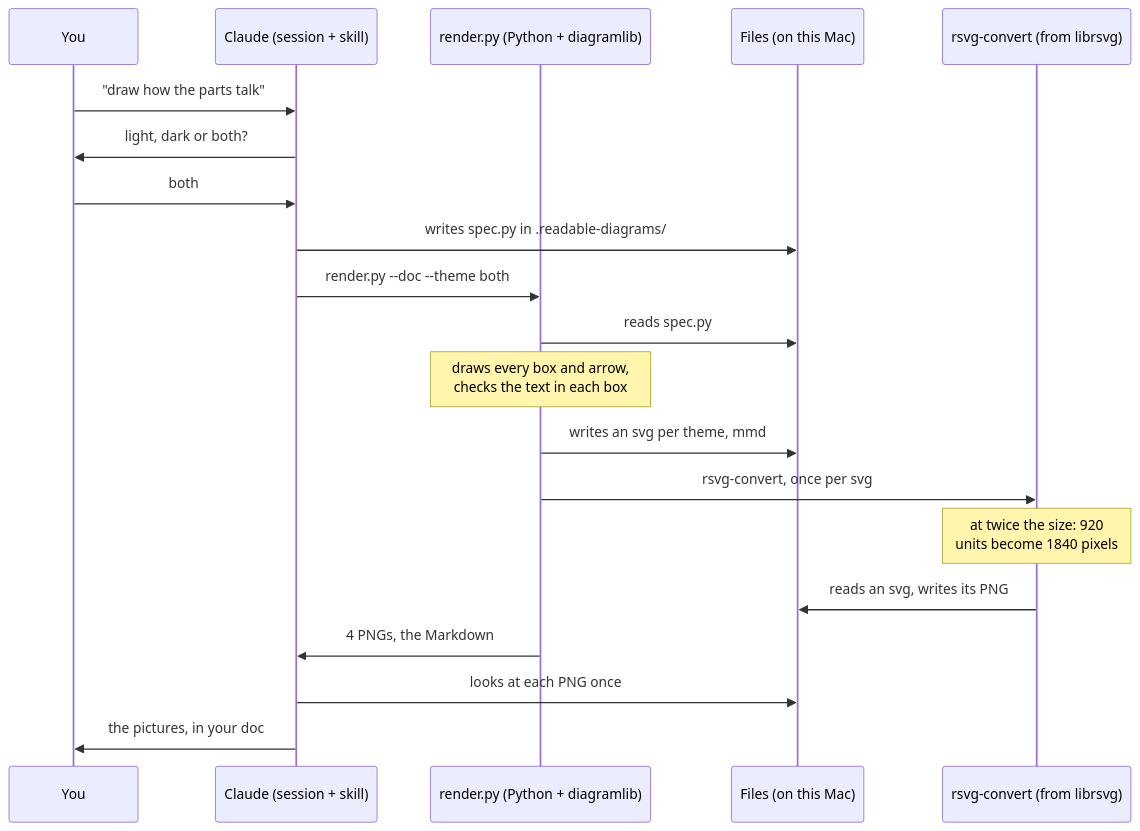
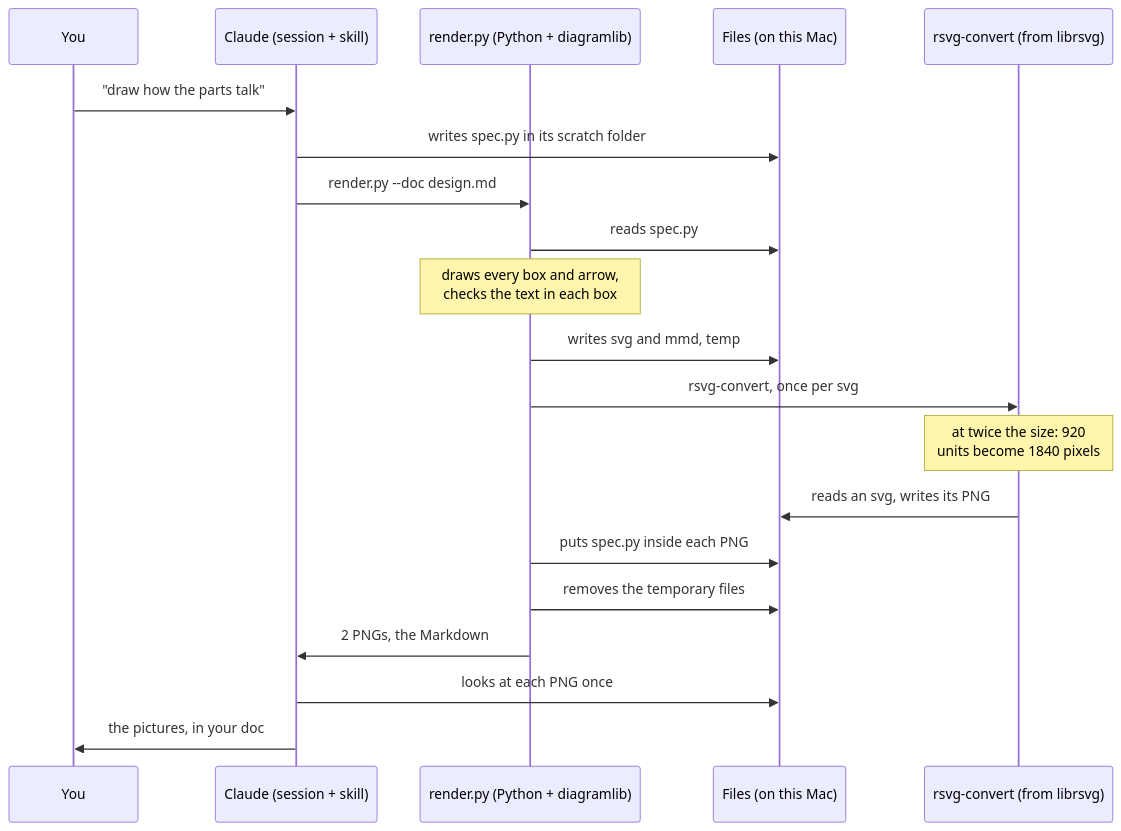
The second of 2 diagrams in skills/readable-diagrams/HOW-IT-WORKS.md (DanTanzer/dans-skills), drawn with Mermaid before and after one commit. The commit also changed other lines of this file and 8 other files, not shown here.

First line of the commit message:
readable-diagrams: light by default, no build files kept, readable-diagrams/<doc>/

````diff
--- a/skills/readable-diagrams/HOW-IT-WORKS.md
+++ b/skills/readable-diagrams/HOW-IT-WORKS.md
@@ -68,22 +68,22 @@
 ```mermaid
 sequenceDiagram
   participant U as You
   participant C as Claude (session + skill)
   participant R as render.py (Python + diagramlib)
   participant F as Files (on this Mac)
   participant X as rsvg-convert (from librsvg)
   U->>C: "draw how the parts talk"
-  C->>U: light, dark or both?
-  U->>C: both
-  C->>F: writes spec.py in .readable-diagrams/
-  C->>R: render.py --doc --theme both
+  C->>F: writes spec.py in its scratch folder
+  C->>R: render.py --doc design.md
   R->>F: reads spec.py
   Note over R: draws every box and arrow,<br/>checks the text in each box
-  R->>F: writes an svg per theme, mmd
+  R->>F: writes svg and mmd, temp
   R->>X: rsvg-convert, once per svg
   Note over X: at twice the size: 920<br/>units become 1840 pixels
   X->>F: reads an svg, writes its PNG
-  R->>C: 4 PNGs, the Markdown
+  R->>F: puts spec.py inside each PNG
+  R->>F: removes the temporary files
+  R->>C: 2 PNGs, the Markdown
   C->>F: looks at each PNG once
   C->>U: the pictures, in your doc
 ```
````
